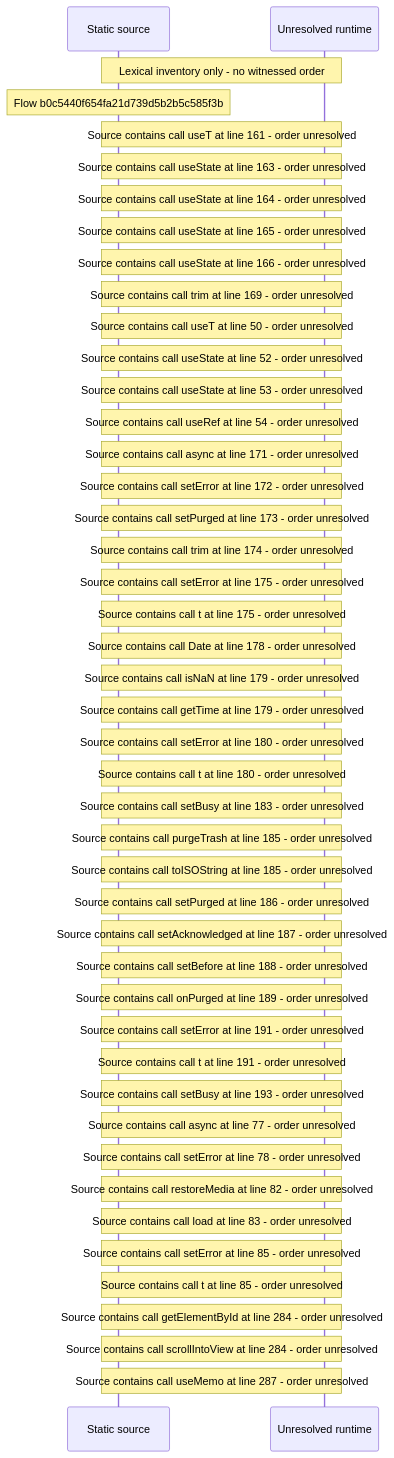
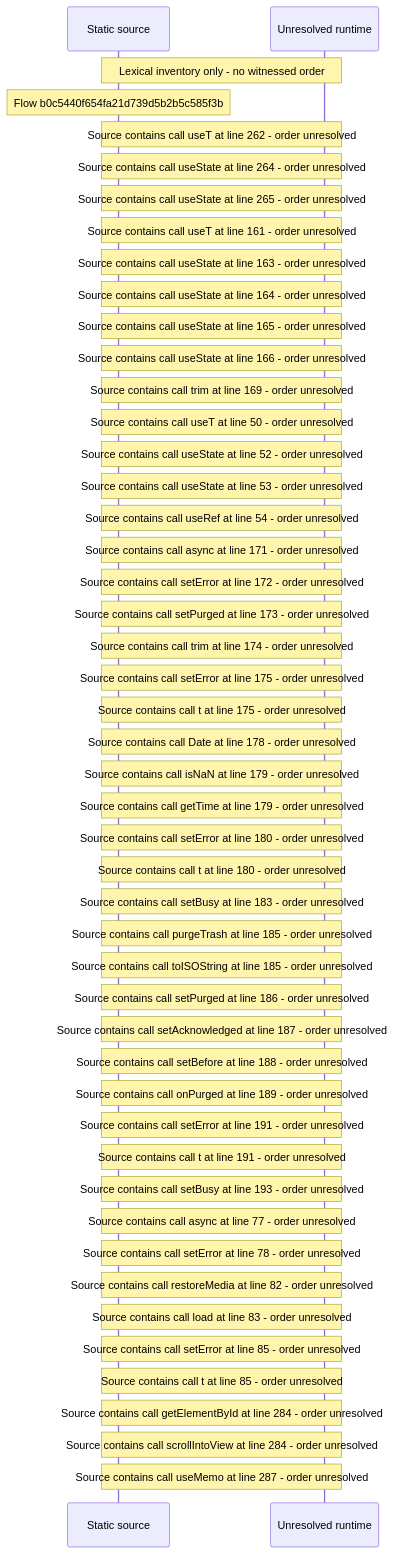
The diagram in docs/web/flows/generated/b0c5440f654fa21d739d5b2b5c585f3b/flow-diagram.md (beamfall/core), drawn with Mermaid before and after one commit. The commit also changed other lines of this file and 699 other files, not shown here.

Commit message:
Regenerate the web flow record with flow generator version 5

````diff
--- a/docs/web/flows/generated/b0c5440f654fa21d739d5b2b5c585f3b/flow-diagram.md
+++ b/docs/web/flows/generated/b0c5440f654fa21d739d5b2b5c585f3b/flow-diagram.md
@@ -10,47 +10,50 @@
 ```mermaid
 sequenceDiagram
     participant S as Static source
     participant U as Unresolved runtime
     Note over S,U: Lexical inventory only - no witnessed order
     Note over S: Flow b0c5440f654fa21d739d5b2b5c585f3b
+    Note over S,U: Source contains call useT at line 262 - order unresolved
+    Note over S,U: Source contains call useState at line 264 - order unresolved
+    Note over S,U: Source contains call useState at line 265 - order unresolved
     Note over S,U: Source contains call useT at line 161 - order unresolved
     Note over S,U: Source contains call useState at line 163 - order unresolved
     Note over S,U: Source contains call useState at line 164 - order unresolved
     Note over S,U: Source contains call useState at line 165 - order unresolved
     Note over S,U: Source contains call useState at line 166 - order unresolved
     Note over S,U: Source contains call trim at line 169 - order unresolved
     Note over S,U: Source contains call useT at line 50 - order unresolved
     Note over S,U: Source contains call useState at line 52 - order unresolved
     Note over S,U: Source contains call useState at line 53 - order unresolved
     Note over S,U: Source contains call useRef at line 54 - order unresolved
     Note over S,U: Source contains call async at line 171 - order unresolved
     Note over S,U: Source contains call setError at line 172 - order unresolved
     Note over S,U: Source contains call setPurged at line 173 - order unresolved
     Note over S,U: Source contains call trim at line 174 - order unresolved
     Note over S,U: Source contains call setError at line 175 - order unresolved
     Note over S,U: Source contains call t at line 175 - order unresolved
     Note over S,U: Source contains call Date at line 178 - order unresolved
     Note over S,U: Source contains call isNaN at line 179 - order unresolved
     Note over S,U: Source contains call getTime at line 179 - order unresolved
     Note over S,U: Source contains call setError at line 180 - order unresolved
     Note over S,U: Source contains call t at line 180 - order unresolved
     Note over S,U: Source contains call setBusy at line 183 - order unresolved
     Note over S,U: Source contains call purgeTrash at line 185 - order unresolved
     Note over S,U: Source contains call toISOString at line 185 - order unresolved
     Note over S,U: Source contains call setPurged at line 186 - order unresolved
     Note over S,U: Source contains call setAcknowledged at line 187 - order unresolved
     Note over S,U: Source contains call setBefore at line 188 - order unresolved
     Note over S,U: Source contains call onPurged at line 189 - order unresolved
     Note over S,U: Source contains call setError at line 191 - order unresolved
     Note over S,U: Source contains call t at line 191 - order unresolved
     Note over S,U: Source contains call setBusy at line 193 - order unresolved
     Note over S,U: Source contains call async at line 77 - order unresolved
     Note over S,U: Source contains call setError at line 78 - order unresolved
     Note over S,U: Source contains call restoreMedia at line 82 - order unresolved
     Note over S,U: Source contains call load at line 83 - order unresolved
     Note over S,U: Source contains call setError at line 85 - order unresolved
     Note over S,U: Source contains call t at line 85 - order unresolved
     Note over S,U: Source contains call getElementById at line 284 - order unresolved
     Note over S,U: Source contains call scrollIntoView at line 284 - order unresolved
     Note over S,U: Source contains call useMemo at line 287 - order unresolved
 ```
````
